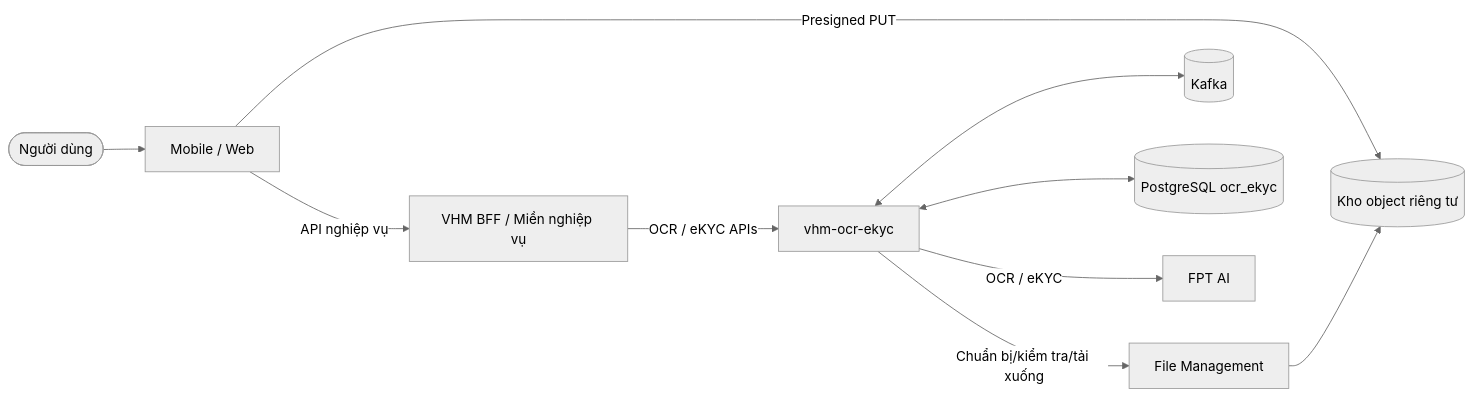
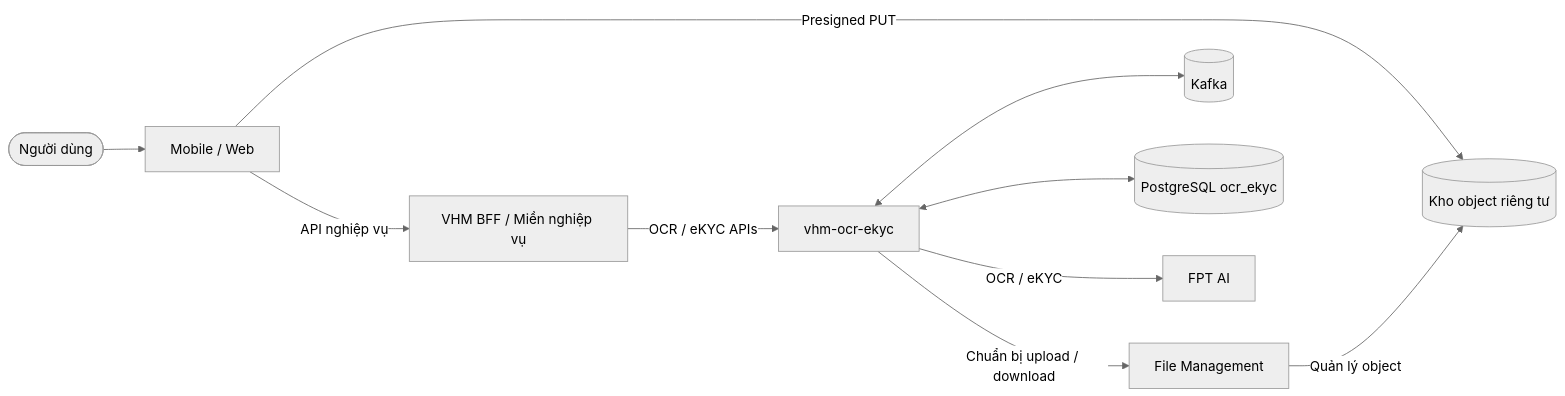
Before and after one commit to huynv-xyz/vhm: the first of 12 diagrams in tdd-ocr-ekyc.md, drawn with Mermaid (neutral theme). The commit also changed other lines of this file, not shown here.

````diff
--- a/tdd-ocr-ekyc.md
+++ b/tdd-ocr-ekyc.md
@@ -247,22 +247,22 @@
 ```mermaid
 flowchart LR
     USER([Người dùng])
     APP[Mobile / Web]
     BFF[VHM BFF / Miền nghiệp vụ]
     OCR[vhm-ocr-ekyc]
     FILE[File Management]
     STORE[(Kho object riêng tư)]
     KAFKA[(Kafka)]
     DB[(PostgreSQL ocr_ekyc)]
     FPT[FPT AI]
 
     USER --> APP
     APP -->|API nghiệp vụ| BFF
     APP -->|Presigned PUT| STORE
     BFF -->|OCR / eKYC APIs| OCR
-    OCR -->|Chuẩn bị/kiểm tra/tải xuống| FILE
-    FILE --> STORE
+    OCR -->|Chuẩn bị upload / download| FILE
+    FILE -->|Quản lý object| STORE
     OCR <--> DB
     OCR <--> KAFKA
     OCR -->|OCR / eKYC| FPT
 ```
````
